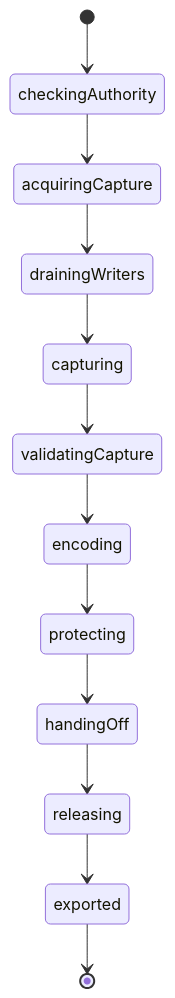
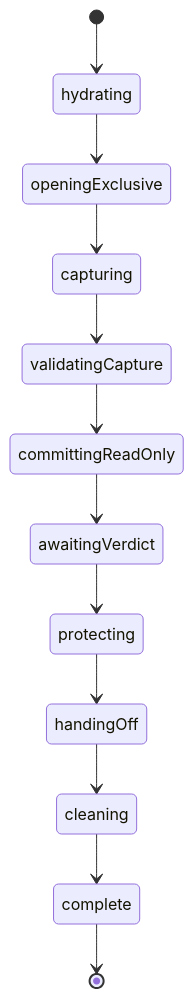
Before and after one commit to delightful-labs/delightful-labs: the diagram in specs/003-verified-backup/contracts/workflow.md, drawn with Mermaid. The commit also changed other lines of this file and 51 other files, not shown here.

````diff
--- a/specs/003-verified-backup/contracts/workflow.md
+++ b/specs/003-verified-backup/contracts/workflow.md
@@ -26,14 +31,14 @@
 ```mermaid
 stateDiagram-v2
-    [*] --> checkingAuthority
-    checkingAuthority --> acquiringCapture
-    acquiringCapture --> drainingWriters
-    drainingWriters --> capturing
+    [*] --> hydrating
+    hydrating --> openingExclusive
+    openingExclusive --> capturing
     capturing --> validatingCapture
-    validatingCapture --> encoding
-    encoding --> protecting
+    validatingCapture --> committingReadOnly
+    committingReadOnly --> awaitingVerdict
+    awaitingVerdict --> protecting
     protecting --> handingOff
-    handingOff --> releasing
-    releasing --> exported
-    exported --> [*]
+    handingOff --> cleaning
+    cleaning --> complete
+    complete --> [*]
 ```
````
